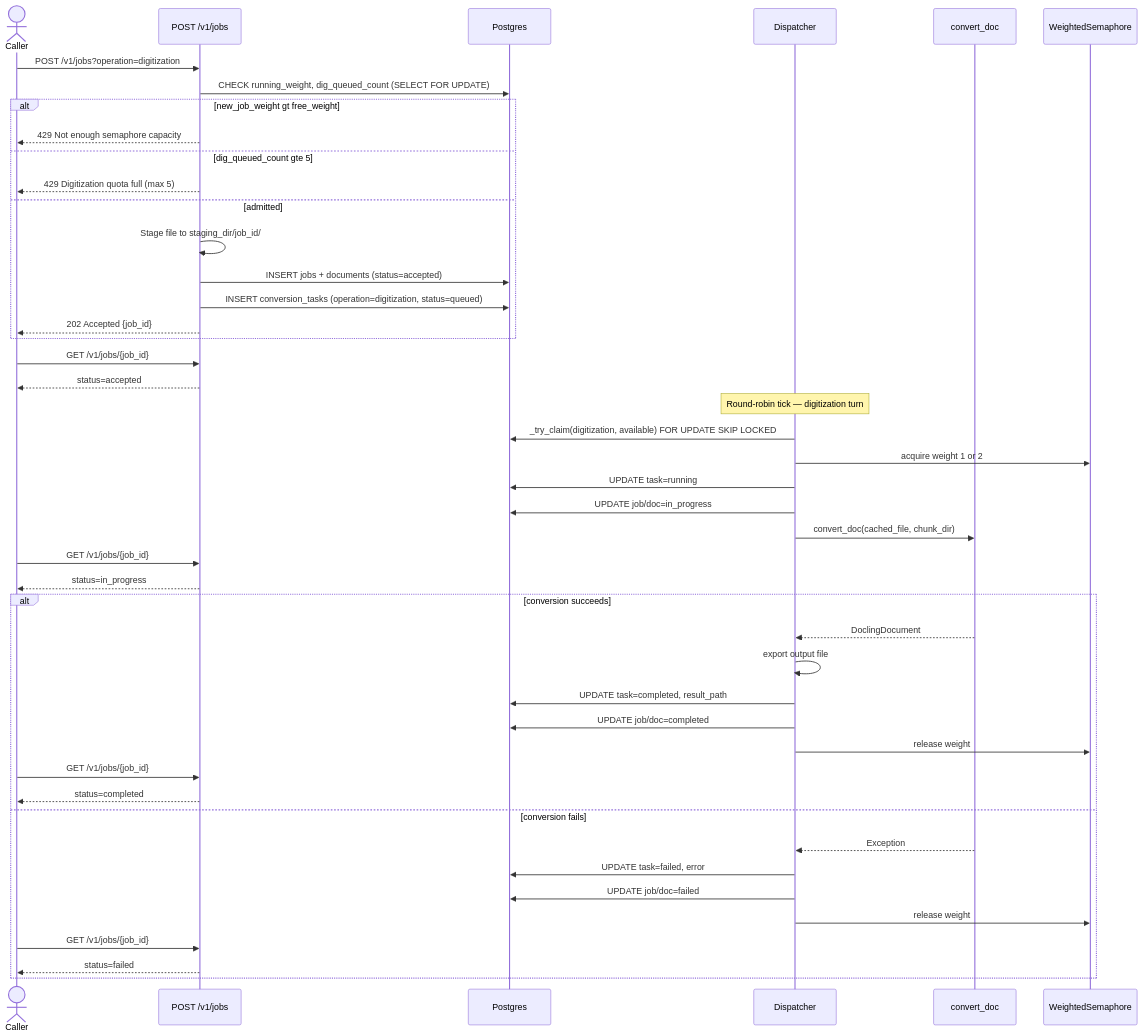
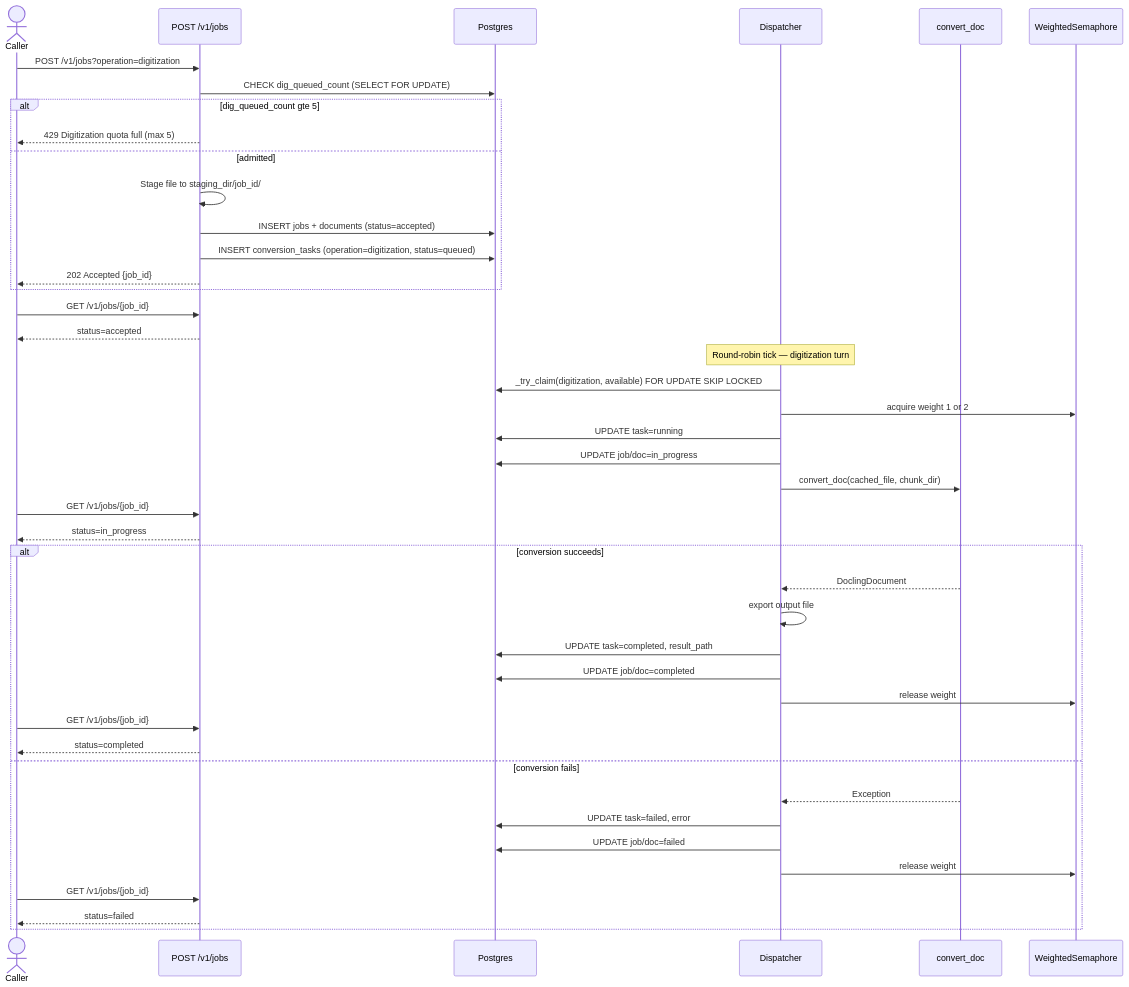
The second of 6 diagrams in docs/proposals/docling_conversion_queue.md (IBM/project-ai-services), drawn with Mermaid before and after one commit. The commit also changed other lines of this file, not shown here.

````diff
--- a/docs/proposals/docling_conversion_queue.md
+++ b/docs/proposals/docling_conversion_queue.md
@@ -784,52 +890,50 @@
 ```mermaid
 sequenceDiagram
     actor C as Caller
     participant API as POST /v1/jobs
     participant DB as Postgres
     participant D as Dispatcher
     participant W as convert_doc
     participant S as WeightedSemaphore
 
     C->>API: POST /v1/jobs?operation=digitization
-    API->>DB: CHECK running_weight, dig_queued_count (SELECT FOR UPDATE)
-    alt new_job_weight gt free_weight
-        API-->>C: 429 Not enough semaphore capacity
-    else dig_queued_count gte 5
+    API->>DB: CHECK dig_queued_count (SELECT FOR UPDATE)
+    alt dig_queued_count gte 5
         API-->>C: 429 Digitization quota full (max 5)
     else admitted
         API->>API: Stage file to staging_dir/job_id/
         API->>DB: INSERT jobs + documents (status=accepted)
         API->>DB: INSERT conversion_tasks (operation=digitization, status=queued)
         API-->>C: 202 Accepted {job_id}
     end
 
     C->>API: GET /v1/jobs/{job_id}
     API-->>C: status=accepted
 
     Note over D: Round-robin tick — digitization turn
     D->>DB: _try_claim(digitization, available) FOR UPDATE SKIP LOCKED
     D->>S: acquire weight 1 or 2
     D->>DB: UPDATE task=running
     D->>DB: UPDATE job/doc=in_progress
     D->>W: convert_doc(cached_file, chunk_dir)
 
     C->>API: GET /v1/jobs/{job_id}
     API-->>C: status=in_progress
 
     alt conversion succeeds
         W-->>D: DoclingDocument
         D->>D: export output file
         D->>DB: UPDATE task=completed, result_path
         D->>DB: UPDATE job/doc=completed
         D->>S: release weight
         C->>API: GET /v1/jobs/{job_id}
         API-->>C: status=completed
     else conversion fails
         W-->>D: Exception
         D->>DB: UPDATE task=failed, error
         D->>DB: UPDATE job/doc=failed
         D->>S: release weight
         C->>API: GET /v1/jobs/{job_id}
         API-->>C: status=failed
     end
 ```
````
